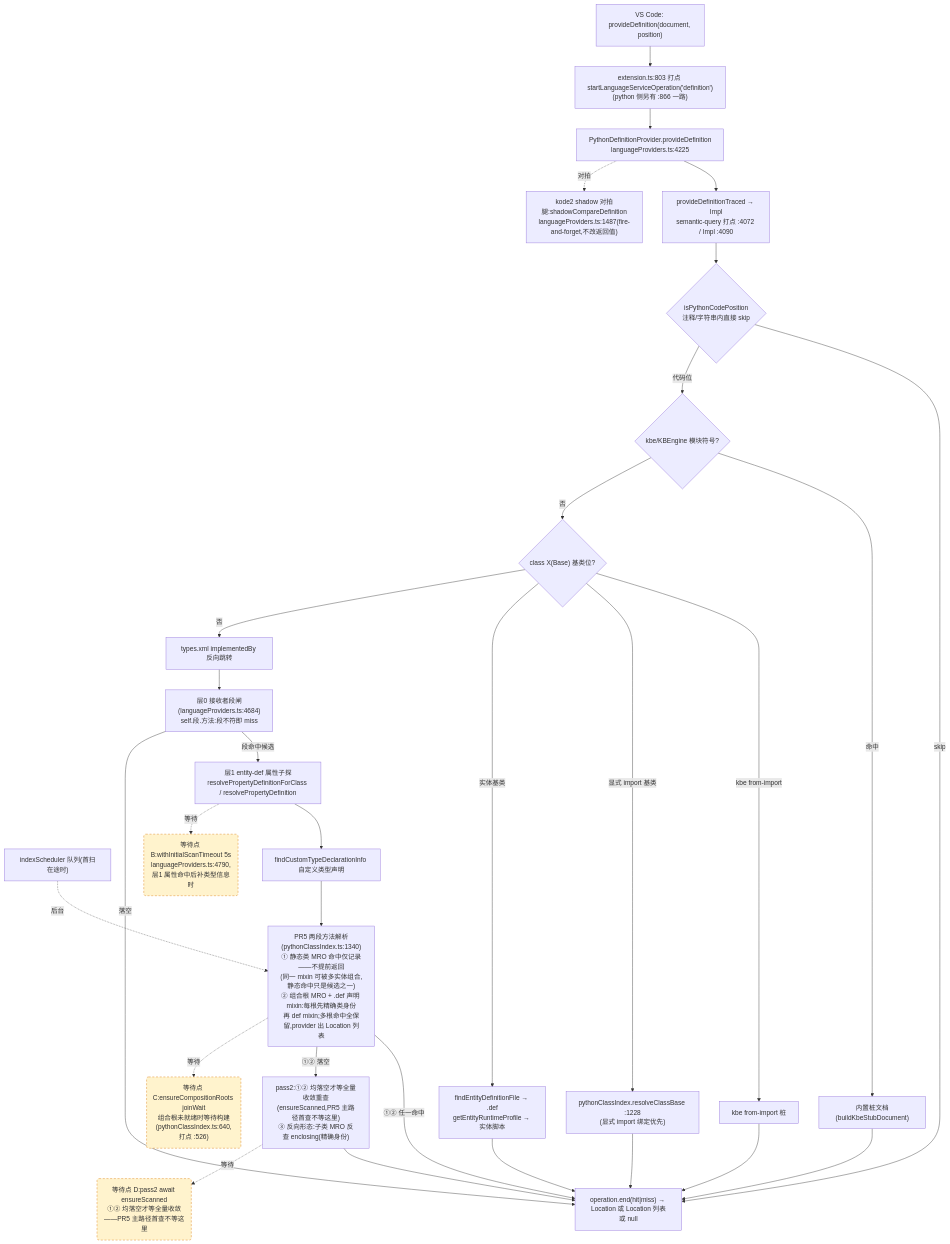
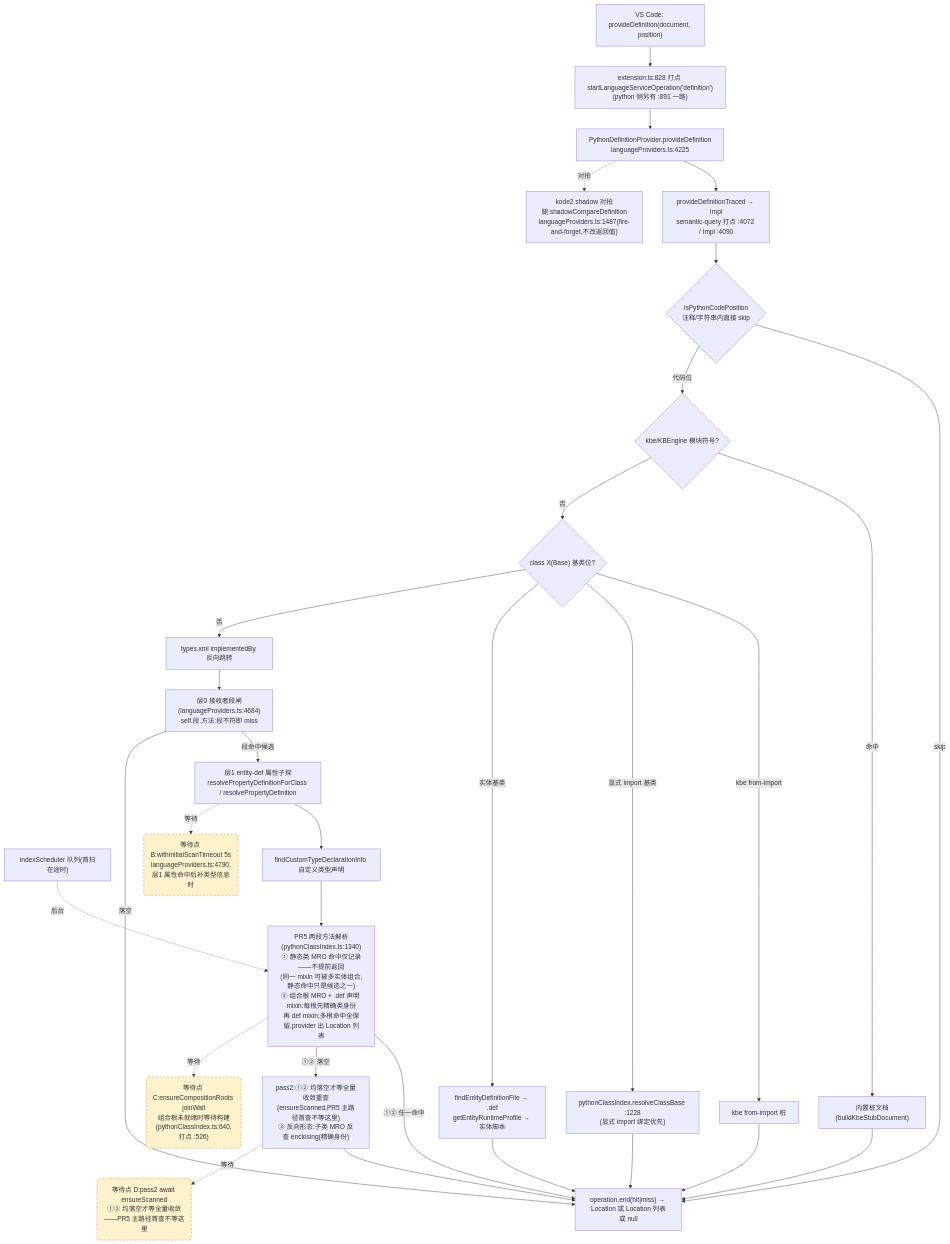
Before and after one commit to cuihairu/kode: the second of 4 diagrams in docs/perf/2026-baseline.md, drawn with Mermaid. The commit also changed other lines of this file and 20 other files, not shown here.

````diff
--- a/docs/perf/2026-baseline.md
+++ b/docs/perf/2026-baseline.md
@@ -130,51 +130,51 @@
 ```mermaid
 flowchart TD
   VC2["VS Code: provideDefinition(document, position)"]
-  M2["extension.ts:803 打点 startLanguageServiceOperation('definition')<br/>(python 侧另有 :866 一路)"]
+  M2["extension.ts:828 打点 startLanguageServiceOperation('definition')<br/>(python 侧另有 :891 一路)"]
   AD2["PythonDefinitionProvider.provideDefinition<br/>languageProviders.ts:4225"]
   TR["provideDefinitionTraced → Impl<br/>semantic-query 打点 :4072 / Impl :4090"]
   CTX{"isPythonCodePosition<br/>注释/字符串内直接 skip"}
   KBE{"kbe/KBEngine 模块符号?"}
   STUB["内置桩文档(buildKbeStubDocument)"]
   CB{"class X(Base) 基类位?"}
   CB1["kbe from-import 桩"]
   CB2["pythonClassIndex.resolveClassBase :1228<br/>(显式 import 绑定优先)"]
   CB3["findEntityDefinitionFile → .def<br/>getEntityRuntimeProfile → 实体脚本"]
   REV["types.xml implementedBy 反向跳转"]
   L0["层0 接收者段闸(languageProviders.ts:4684)<br/>self.段.方法:段不符即 miss"]
   L1["层1 entity-def 属性子探<br/>resolvePropertyDefinitionForClass / resolvePropertyDefinition"]
   SCAN["indexScheduler 队列(首扫在途时)"]
   TY["findCustomTypeDeclarationInfo 自定义类型声明"]
   MRO["PR5 两段方法解析(pythonClassIndex.ts:1340)<br/>① 静态类 MRO 命中仅记录——不提前返回<br/>(同一 mixin 可被多实体组合,静态命中只是候选之一)<br/>② 组合根 MRO + .def 声明 mixin:每根先精确类身份<br/>再 def mixin;多根命中全保留,provider 出 Location 列表"]
   PASS2["pass2:①② 均落空才等全量收敛重查<br/>(ensureScanned,PR5 主路径首查不等这里)<br/>③ 反向形态:子类 MRO 反查 enclosing(精确身份)"]
   SHD["kode2 shadow 对拍腿:shadowCompareDefinition<br/>languageProviders.ts:1487(fire-and-forget,不改返回值)"]
   END2["operation.end(hit|miss) → Location 或 Location 列表或 null"]
 
   VC2 --> M2 --> AD2 --> TR --> CTX
   CTX -- "skip" --> END2
   CTX -- "代码位" --> KBE
   KBE -- "命中" --> STUB --> END2
   KBE -- "否" --> CB
   CB -- "kbe from-import" --> CB1 --> END2
   CB -- "显式 import 基类" --> CB2 --> END2
   CB -- "实体基类" --> CB3 --> END2
   CB -- "否" --> REV --> L0
   L0 -- "段命中候选" --> L1
   L0 -- "落空" --> END2
   L1 --> TY
   TY --> MRO
   MRO -- "①② 任一命中" --> END2
   MRO -- "①② 落空" --> PASS2 --> END2
   AD2 -.->|对拍| SHD
 
   WAITB("等待点 B:withInitialScanTimeout 5s<br/>languageProviders.ts:4790,层1 属性命中后补类型信息时")
   WAITC("等待点 C:ensureCompositionRoots joinWait<br/>组合根未就绪时等待构建(pythonClassIndex.ts:640,打点 :526)")
   WAITD("等待点 D:pass2 await ensureScanned<br/>①② 均落空才等全量收敛——PR5 主路径首查不等这里")
   L1 -.->|等待| WAITB
   MRO -.->|等待| WAITC
   PASS2 -.->|等待| WAITD
   SCAN -.->|后台| MRO
 
   classDef waitPoint fill:#fff3cd,stroke:#d97706,stroke-dasharray:5 4;
   class WAITB,WAITC,WAITD waitPoint;
 ```
````
